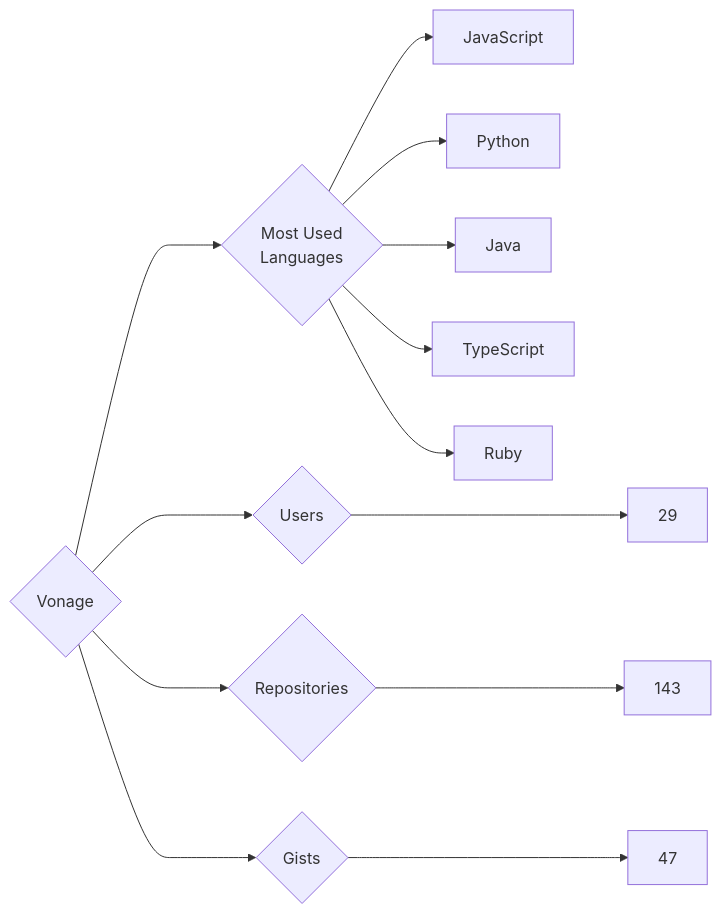
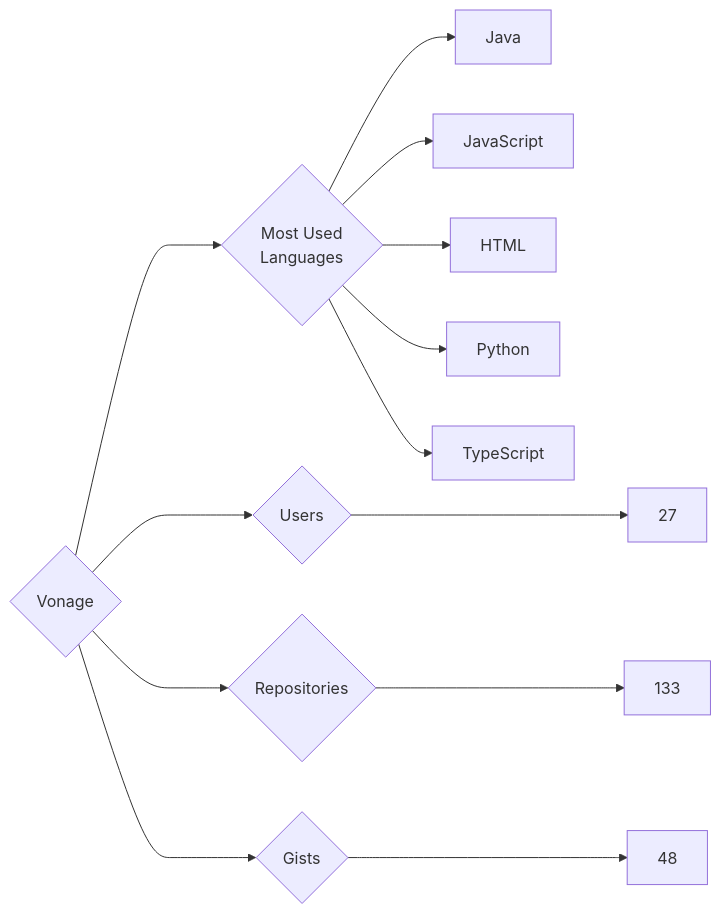
The diagram in targets/Vonage/README.md (trickest/insiders), drawn with Mermaid before and after one commit. The commit also changed 806 other files, not shown here.

````diff
--- a/targets/Vonage/README.md
+++ b/targets/Vonage/README.md
@@ -3,13 +3,13 @@
 ```mermaid
 graph LR
 COMPANY_NAME{Vonage}
-COMPANY_NAME ---> U{Users} ---> UN[29]
-COMPANY_NAME ---> R{Repositories} ---> RN[143]
-COMPANY_NAME ---> G{Gists} ---> GN[47]
+COMPANY_NAME ---> U{Users} ---> UN[27]
+COMPANY_NAME ---> R{Repositories} ---> RN[133]
+COMPANY_NAME ---> G{Gists} ---> GN[48]
 COMPANY_NAME ---> ML{Most Used<br>Languages}
+ML --> Java[Java]
 ML --> JavaScript[JavaScript]
+ML --> HTML[HTML]
 ML --> Python[Python]
-ML --> Java[Java]
 ML --> TypeScript[TypeScript]
-ML --> Ruby[Ruby]
 ```
````
